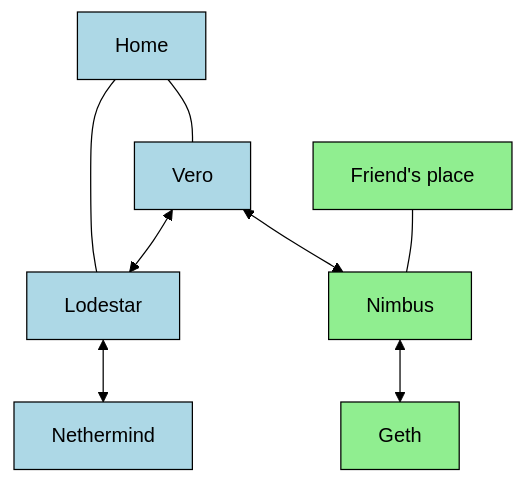
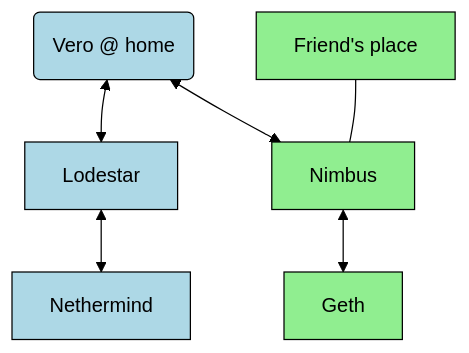
The fifth of 6 diagrams in docs/using_multiple_beacon_nodes.md (serenita-org/vero), drawn with Mermaid (forest theme) before and after one commit. The commit also changed other lines of this file and 27 other files, not shown here.

````diff
--- a/docs/using_multiple_beacon_nodes.md
+++ b/docs/using_multiple_beacon_nodes.md
@@ -168,20 +158,17 @@
 ```mermaid
 flowchart TD
 
-Home --- Vero
-Home --- Lodestar
-Vero <--> Lodestar
-Vero <--> Nimbus
+V(Vero @ home) <--> Lodestar
+V <--> Nimbus
 Lodestar <--> Nethermind
 Friend's&nbspplace --- Nimbus
 Nimbus <--> Geth
 
 %% Apply colors to nodes based on location
-style Home fill:#ADD8E6,stroke:#000000
-style Vero fill:#ADD8E6,stroke:#000000
+style V fill:#ADD8E6,stroke:#000000
 style Lodestar fill:#ADD8E6,stroke:#000000
 style Nethermind fill:#ADD8E6,stroke:#000000
 style Nimbus fill:#90EE90,stroke:#000000
 style Geth fill:#90EE90,stroke:#000000
 style Friend's&nbspplace fill:#90EE90,stroke:#000000
 ```
````
